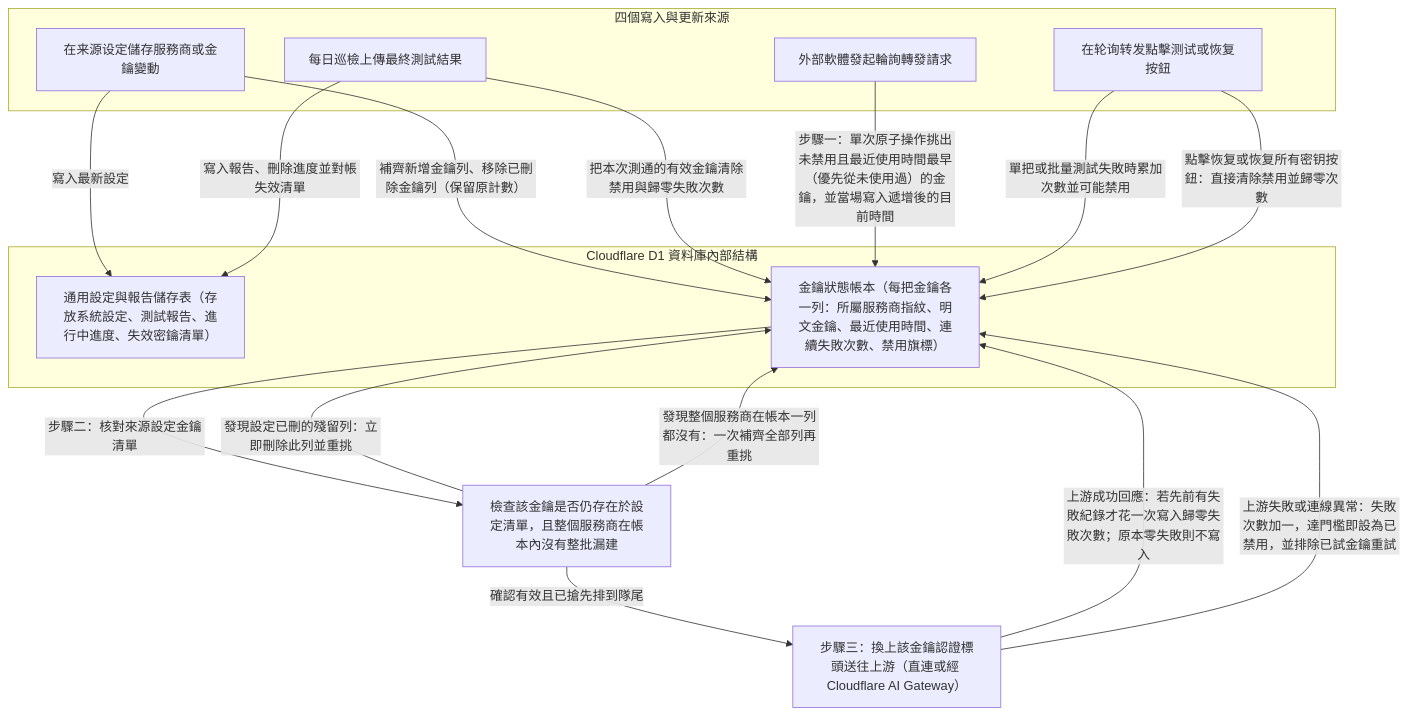
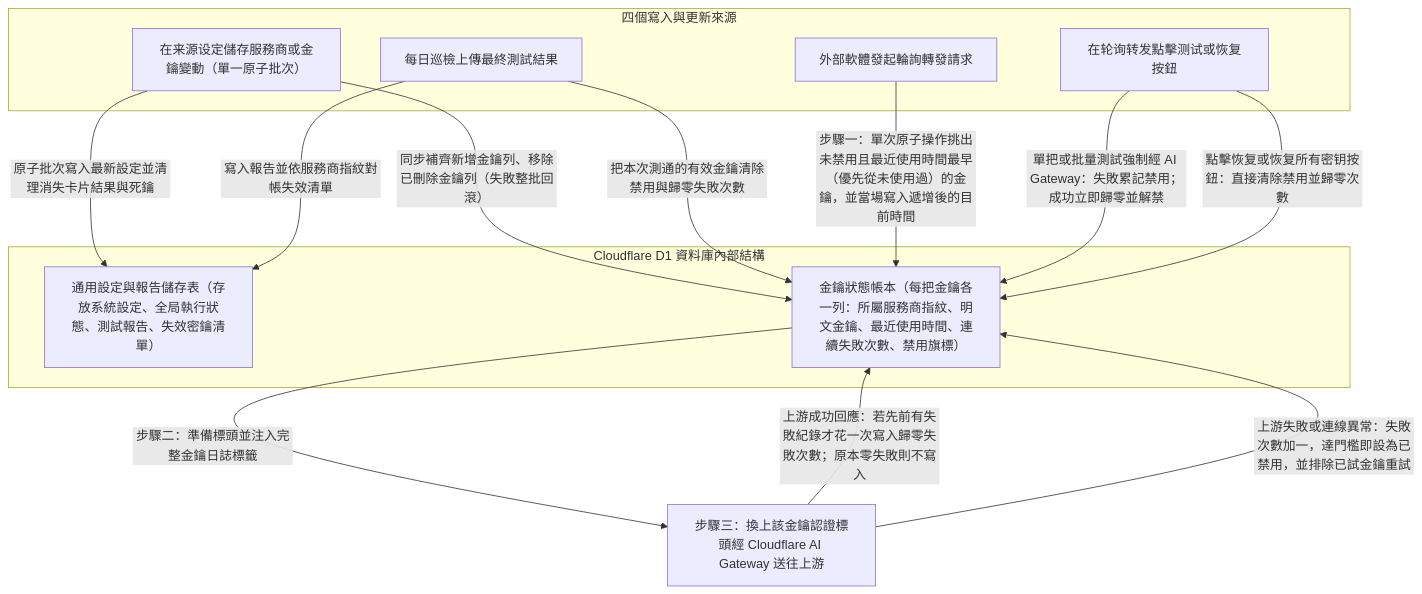
Before and after one commit to Artin0123/api-test: the third of 3 diagrams in docs/architecture.md, drawn with Mermaid. The commit also changed other lines of this file and 3 other files, not shown here.

Commit message:
docs(batch5): sync decision-1111, architecture, and README with Phase 1 changes

````diff
--- a/docs/architecture.md
+++ b/docs/architecture.md
@@ -290,31 +288,28 @@
 ```mermaid
 flowchart TD
     subgraph D1["Cloudflare D1 資料庫內部結構"]
-        DB_STORE["通用設定與報告儲存表（存放系統設定、測試報告、進行中進度、失效密鑰清單）"]
+        DB_STORE["通用設定與報告儲存表（存放系統設定、全局執行狀態、測試報告、失效密鑰清單）"]
         DB_LEDGER["金鑰狀態帳本（每把金鑰各一列：所屬服務商指紋、明文金鑰、最近使用時間、連續失敗次數、禁用旗標）"]
     end
 
     subgraph TRIGGERS["四個寫入與更新來源"]
-        T1["在来源设定儲存服務商或金鑰變動"]
+        T1["在来源设定儲存服務商或金鑰變動（單一原子批次）"]
         T2["每日巡檢上傳最終測試結果"]
         T3["在轮询转发點擊测试或恢复按鈕"]
         T4["外部軟體發起輪詢轉發請求"]
     end
 
-    T1 -->|寫入最新設定| DB_STORE
-    T1 -->|補齊新增金鑰列、移除已刪除金鑰列（保留原計數）| DB_LEDGER
-    T2 -->|寫入報告、刪除進度並對帳失效清單| DB_STORE
+    T1 -->|原子批次寫入最新設定並清理消失卡片結果與死鑰| DB_STORE
+    T1 -->|同步補齊新增金鑰列、移除已刪除金鑰列（失敗整批回滾）| DB_LEDGER
+    T2 -->|寫入報告並依服務商指紋對帳失效清單| DB_STORE
     T2 -->|把本次測通的有效金鑰清除禁用與歸零失敗次數| DB_LEDGER
 
     T4 -->|步驟一：單次原子操作挑出未禁用且最近使用時間最早（優先從未使用過）的金鑰，並當場寫入遞增後的目前時間| DB_LEDGER
-    DB_LEDGER -->|步驟二：核對來源設定金鑰清單| GUARD["檢查該金鑰是否仍存在於設定清單，且整個服務商在帳本內沒有整批漏建"]
-    GUARD -->|發現設定已刪的殘留列：立即刪除此列並重挑| DB_LEDGER
-    GUARD -->|發現整個服務商在帳本一列都沒有：一次補齊全部列再重挑| DB_LEDGER
-    GUARD -->|確認有效且已搶先排到隊尾| SEND["步驟三：換上該金鑰認證標頭送往上游（直連或經 Cloudflare AI Gateway）"]
+    DB_LEDGER -->|步驟二：準備標頭並注入完整金鑰日誌標籤| SEND["步驟三：換上該金鑰認證標頭經 Cloudflare AI Gateway 送往上游"]
 
     SEND -->|上游成功回應：若先前有失敗紀錄才花一次寫入歸零失敗次數；原本零失敗則不寫入| DB_LEDGER
     SEND -->|上游失敗或連線異常：失敗次數加一，達門檻即設為已禁用，並排除已試金鑰重試| DB_LEDGER
 
-    T3 -->|單把或批量測試失敗時累加次數並可能禁用| DB_LEDGER
+    T3 -->|單把或批量測試強制經 AI Gateway：失敗累記禁用；成功立即歸零並解禁| DB_LEDGER
     T3 -->|點擊恢复或恢复所有密钥按鈕：直接清除禁用並歸零次數| DB_LEDGER
 ```
````
